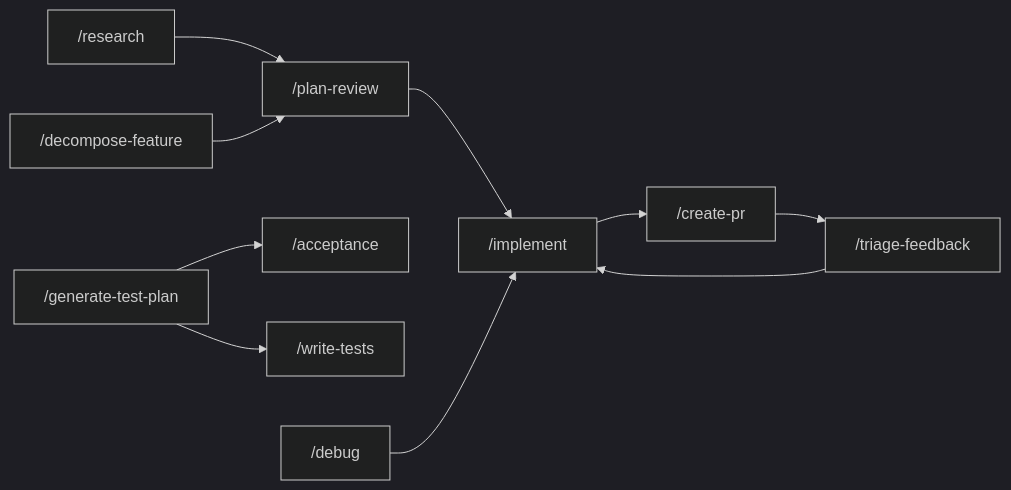
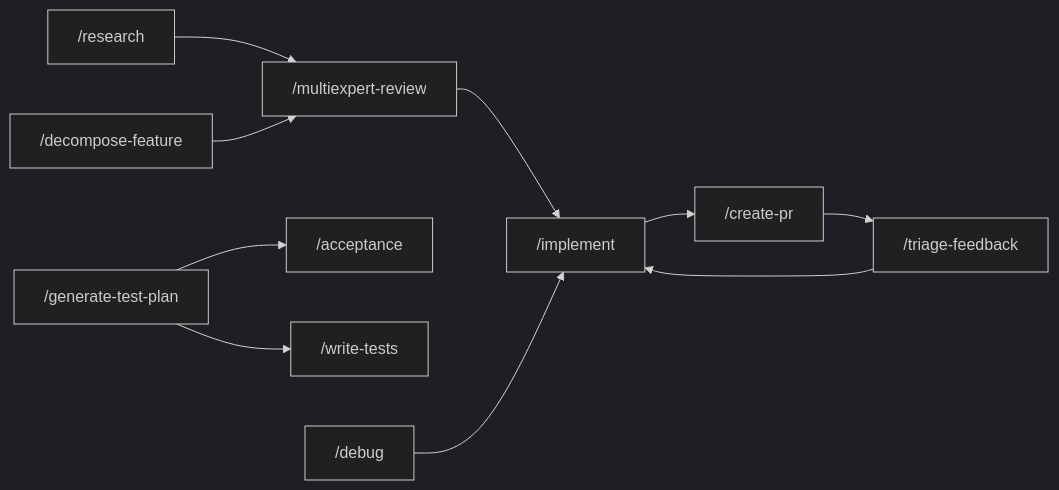
Before and after one commit to kirich1409/maven-central-mcp: the seventh of 7 diagrams in docs/PLUGINS-GUIDE.md, drawn with Mermaid (dark theme). The commit also changed other lines of this file and 17 other files, not shown here.

First line of the commit message:
Rename plan-review → multiexpert-review skill

````diff
--- a/docs/PLUGINS-GUIDE.md
+++ b/docs/PLUGINS-GUIDE.md
@@ -411,12 +411,12 @@
 ```mermaid
 flowchart LR
-    research["/research"] --> planReview["/plan-review"]
+    research["/research"] --> planReview["/multiexpert-review"]
     planReview --> impl["/implement"]
     decompose["/decompose-feature"] --> planReview
     impl --> createPR["/create-pr"]
     createPR --> triage["/triage-feedback"]
     triage --> impl
     genPlan["/generate-test-plan"] --> testFeat["/acceptance"]
     genPlan --> writeTest["/write-tests"]
     debug["/debug"] --> impl
 ```
````
